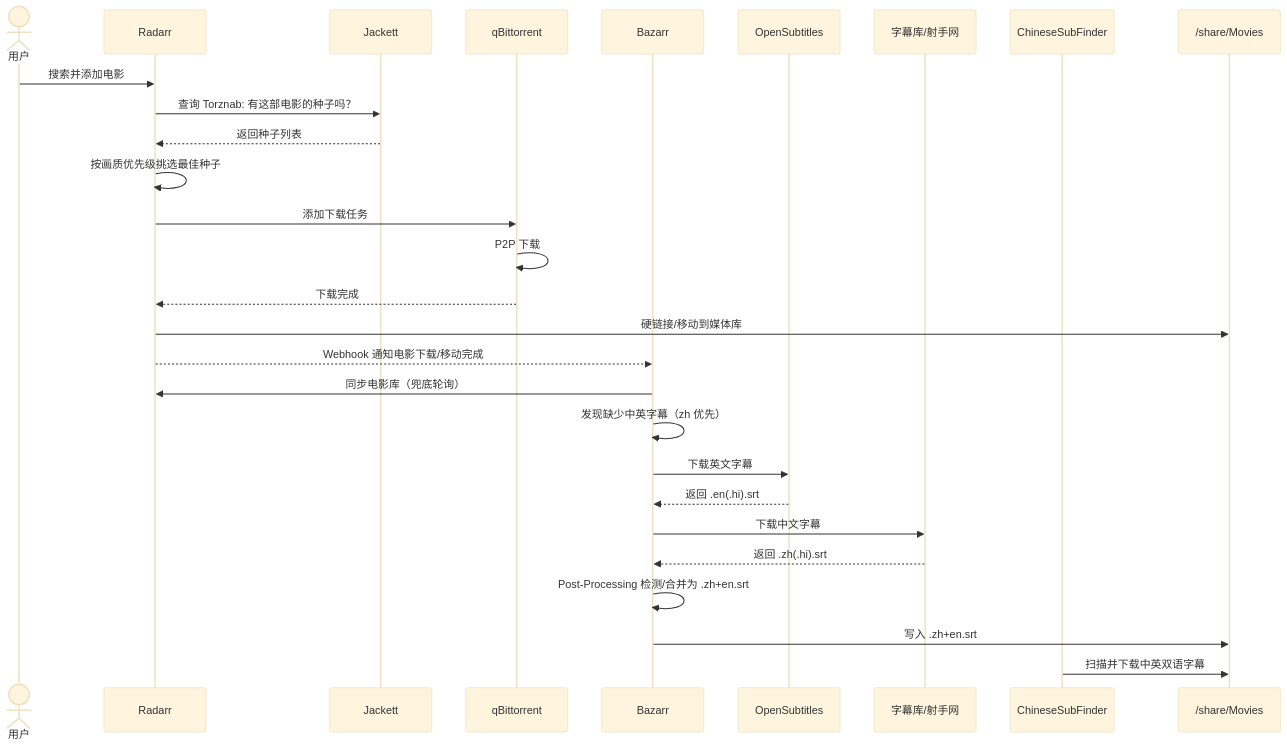
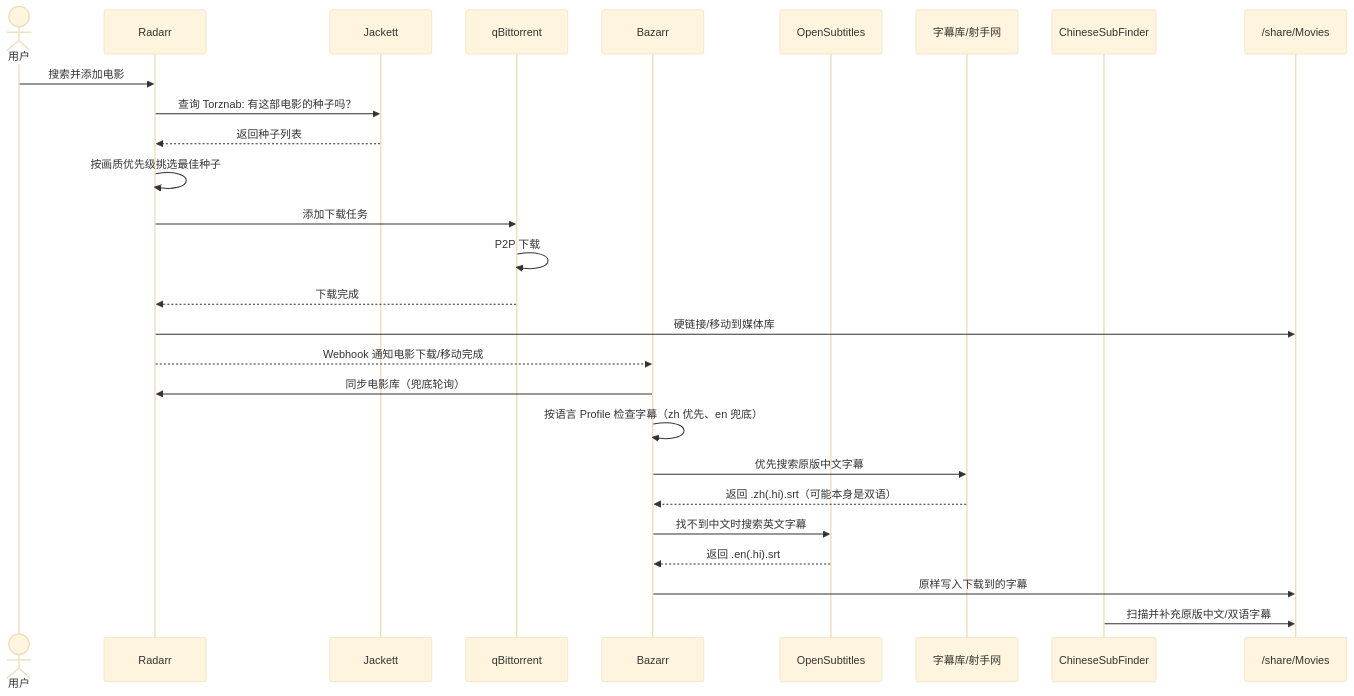
Before and after one commit to puppylpg/puppylpg.github.io: the second of 4 diagrams in _life/2026-06-17-raspberry-pi-docker-radarr-jackett-qbittorrent-bazarr.md, drawn with Mermaid (base theme). The commit also changed other lines of this file and 2 other files, not shown here.

````diff
--- a/_life/2026-06-17-raspberry-pi-docker-radarr-jackett-qbittorrent-bazarr.md
+++ b/_life/2026-06-17-raspberry-pi-docker-radarr-jackett-qbittorrent-bazarr.md
@@ -68,31 +72,30 @@
 ```mermaid
 sequenceDiagram
     actor U as 用户
     participant R as Radarr
     participant J as Jackett
     participant Q as qBittorrent
     participant B as Bazarr
     participant OS as OpenSubtitles
     participant Z as 字幕库/射手网
     participant CSF as ChineseSubFinder
     participant S as /share/Movies
 
     U->>R: 搜索并添加电影
     R->>J: 查询 Torznab: 有这部电影的种子吗？
     J-->>R: 返回种子列表
     R->>R: 按画质优先级挑选最佳种子
     R->>Q: 添加下载任务
     Q->>Q: P2P 下载
     Q-->>R: 下载完成
     R->>S: 硬链接/移动到媒体库
     R-->>B: Webhook 通知电影下载/移动完成
     B->>R: 同步电影库（兜底轮询）
-    B->>B: 发现缺少中英字幕（zh 优先）
-    B->>OS: 下载英文字幕
+    B->>B: 按语言 Profile 检查字幕（zh 优先、en 兜底）
+    B->>Z: 优先搜索原版中文字幕
+    Z-->>B: 返回 .zh(.hi).srt（可能本身是双语）
+    B->>OS: 找不到中文时搜索英文字幕
     OS-->>B: 返回 .en(.hi).srt
-    B->>Z: 下载中文字幕
-    Z-->>B: 返回 .zh(.hi).srt
-    B->>B: Post-Processing 检测/合并为 .zh+en.srt
-    B->>S: 写入 .zh+en.srt
-    CSF->>S: 扫描并下载中英双语字幕
+    B->>S: 原样写入下载到的字幕
+    CSF->>S: 扫描并补充原版中文/双语字幕
 ```
````
